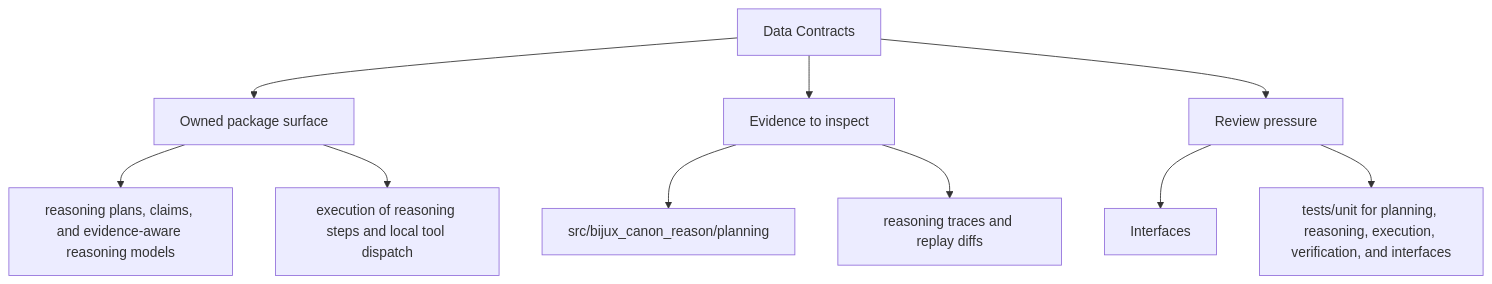
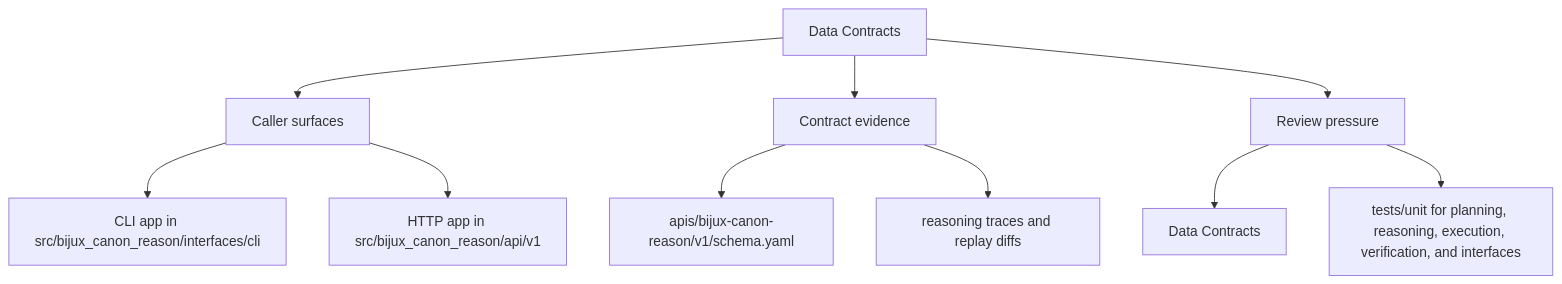
One commit to bijux/bijux-canon changed the second of 2 diagrams in docs/bijux-canon-reason/interfaces/data-contracts.md. Above: the diagram before and after it, drawn with Mermaid. The commit also changed other lines of this file and 250 other files, not shown here.

Commit message:
docs(diagrams): make product page maps more readable

````diff
--- a/docs/bijux-canon-reason/interfaces/data-contracts.md
+++ b/docs/bijux-canon-reason/interfaces/data-contracts.md
@@ -35,22 +35,22 @@
 ```mermaid
 flowchart TD
     page["Data Contracts"]
-    focus1["Owned package surface"]
+    focus1["Caller surfaces"]
     page --> focus1
-    focus1_1["reasoning plans, claims, and evidence-aware reasoning models"]
+    focus1_1["CLI app in src/bijux_canon_reason/interfaces/cli"]
     focus1 --> focus1_1
-    focus1_2["execution of reasoning steps and local tool dispatch"]
+    focus1_2["HTTP app in src/bijux_canon_reason/api/v1"]
     focus1 --> focus1_2
-    focus2["Evidence to inspect"]
+    focus2["Contract evidence"]
     page --> focus2
-    focus2_1["src/bijux_canon_reason/planning"]
+    focus2_1["apis/bijux-canon-reason/v1/schema.yaml"]
     focus2 --> focus2_1
     focus2_2["reasoning traces and replay diffs"]
     focus2 --> focus2_2
     focus3["Review pressure"]
     page --> focus3
-    focus3_1["Interfaces"]
+    focus3_1["Data Contracts"]
     focus3 --> focus3_1
     focus3_2["tests/unit for planning, reasoning, execution, verification, and interfaces"]
     focus3 --> focus3_2
 ```
````
